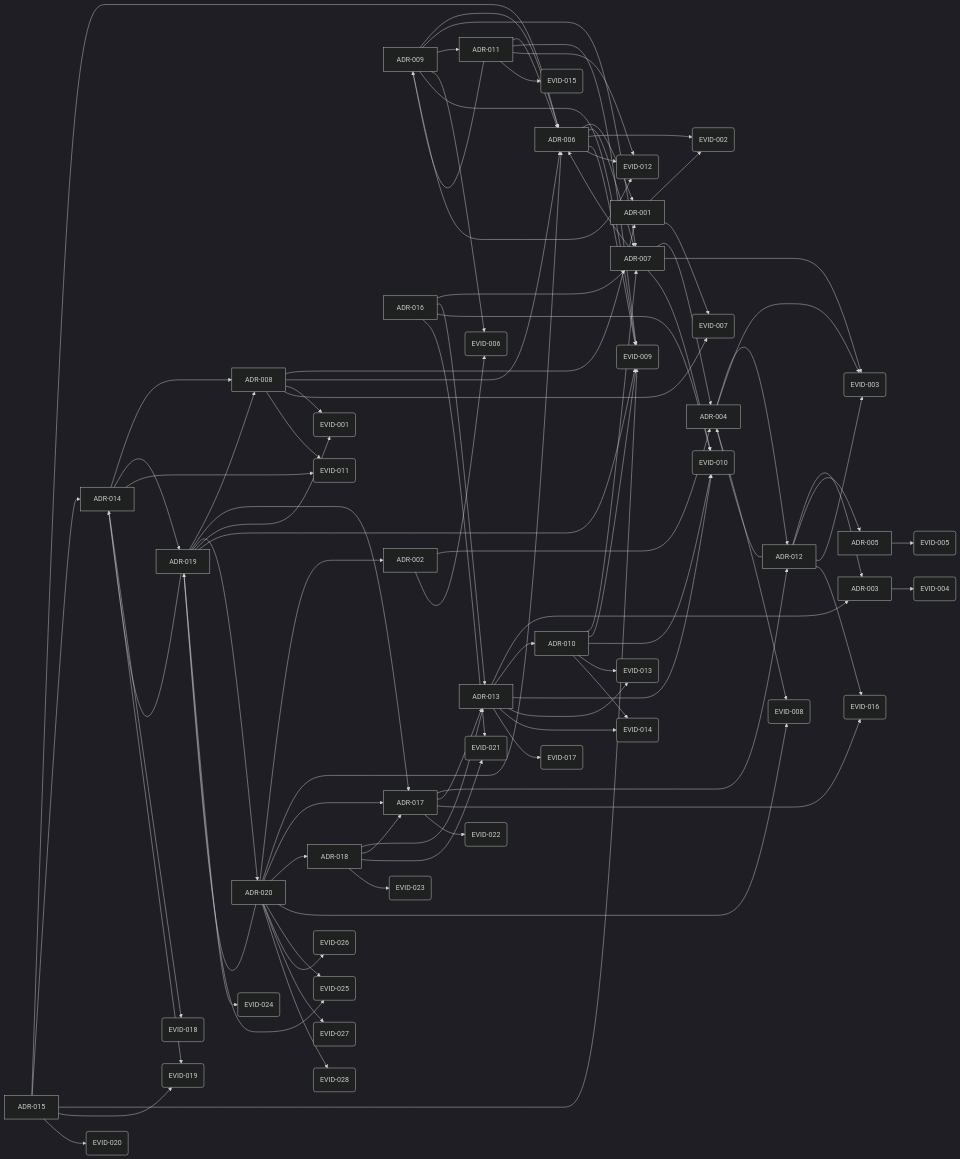
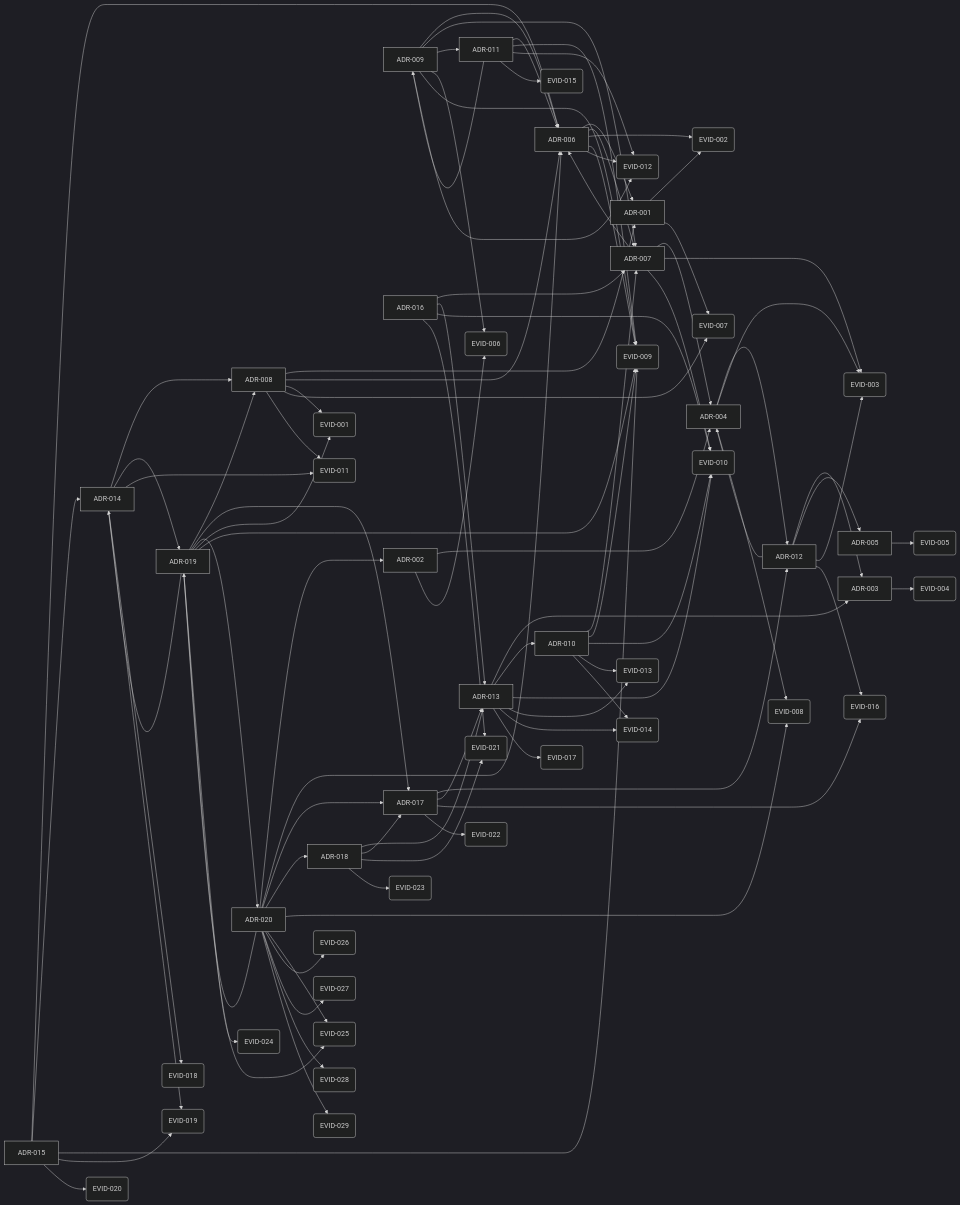
Before and after one commit to TeramachiShunsuke/aidd: the diagram in GRAPH.md, drawn with Mermaid (dark theme). The commit also changed other lines of this file and 14 other files, not shown here.

````diff
--- a/GRAPH.md
+++ b/GRAPH.md
@@ -82,6 +82,7 @@
   EVID_026(EVID-026)
   EVID_027(EVID-027)
   EVID_028(EVID-028)
+  EVID_029(EVID-029)
   ADR_001 --> EVID_002
   ADR_001 --> EVID_007
   ADR_002 --> ADR_004
@@ -172,4 +173,5 @@
   ADR_020 --> EVID_026
   ADR_020 --> EVID_027
   ADR_020 --> EVID_028
+  ADR_020 --> EVID_029
 ```
````
